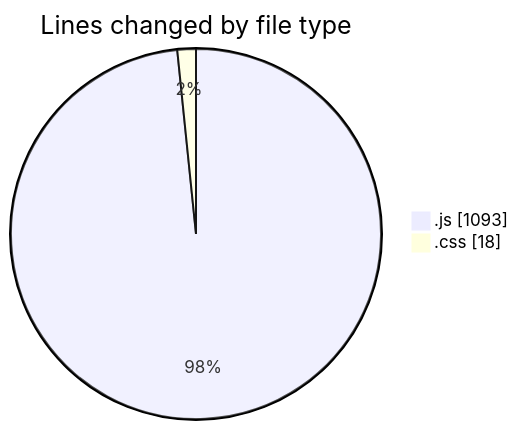
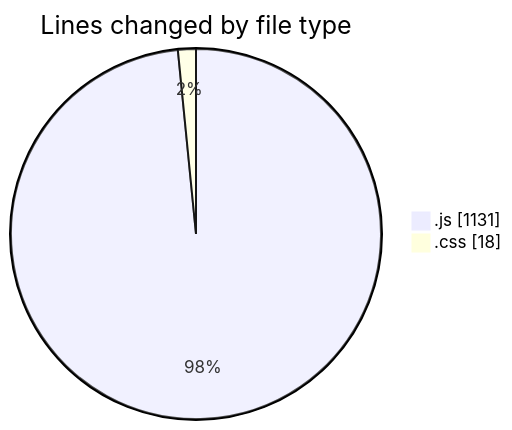
The first of 2 diagrams in 2025-09-03/quytuthien_vn/README.md (lephambinh05/code-tracking), drawn with Mermaid before and after one commit. The commit also changed other lines of this file and 1 other file, not shown here.

````diff
--- a/2025-09-03/quytuthien_vn/README.md
+++ b/2025-09-03/quytuthien_vn/README.md
@@ -32,6 +33,6 @@
 ```mermaid
 pie showData
 title Lines changed by file type
-".js" : 1093
+".js" : 1131
 ".css" : 18
 ```
````
